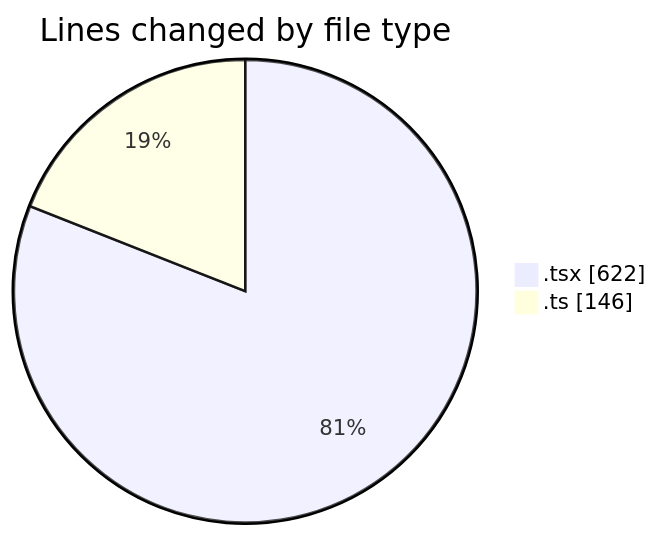
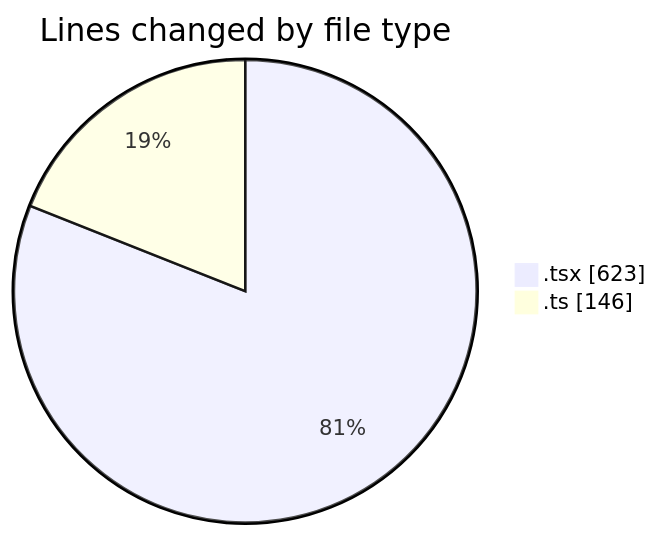
One commit to nxtqubesakshisongat/code-tracking changed the first of 2 diagrams in 2026-04-13/airfeed-analytics-dashboard/README.md. Above: the diagram before and after it, drawn with Mermaid. The commit also changed other lines of this file and 1 other file, not shown here.

````diff
--- a/2026-04-13/airfeed-analytics-dashboard/README.md
+++ b/2026-04-13/airfeed-analytics-dashboard/README.md
@@ -24,6 +24,6 @@
 ```mermaid
 pie showData
 title Lines changed by file type
-".tsx" : 622
+".tsx" : 623
 ".ts" : 146
 ```
````
